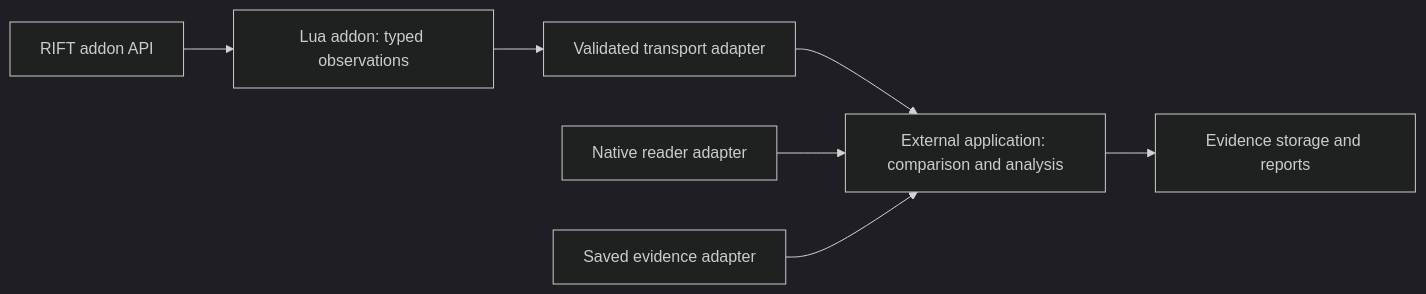
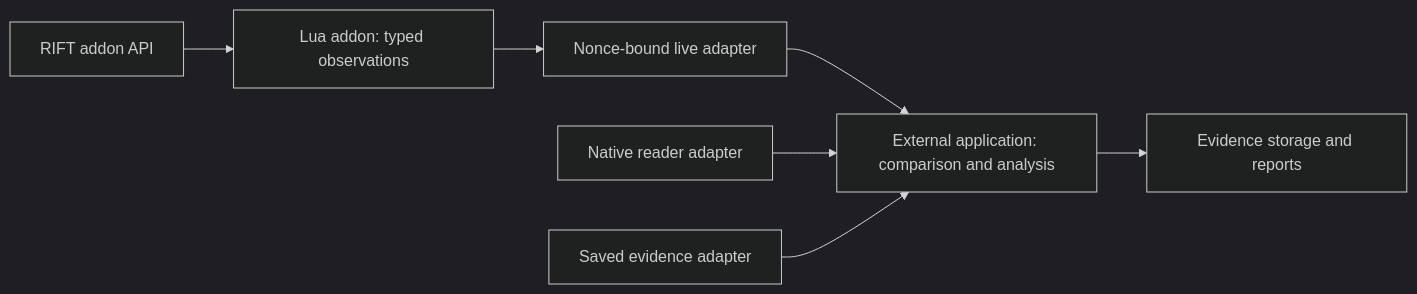
One commit to 360madden/riftreader2 changed the diagram in docs/architecture.md. Above: the diagram before and after it, drawn with Mermaid (dark theme). The commit also changed other lines of this file and 48 other files, not shown here.

Commit message:
feat: add nonce-bound live addon transport

````diff
--- a/docs/architecture.md
+++ b/docs/architecture.md
@@ -20,9 +22,9 @@
 ```mermaid
 flowchart LR
     API[RIFT addon API] --> Lua[Lua addon: typed observations]
-    Lua --> Bridge[Validated transport adapter]
+    Lua --> Bridge[Nonce-bound live adapter]
     Bridge --> App[External application: comparison and analysis]
     Native[Native reader adapter] --> App
     Replay[Saved evidence adapter] --> App
     App --> Store[Evidence storage and reports]
 ```
````
